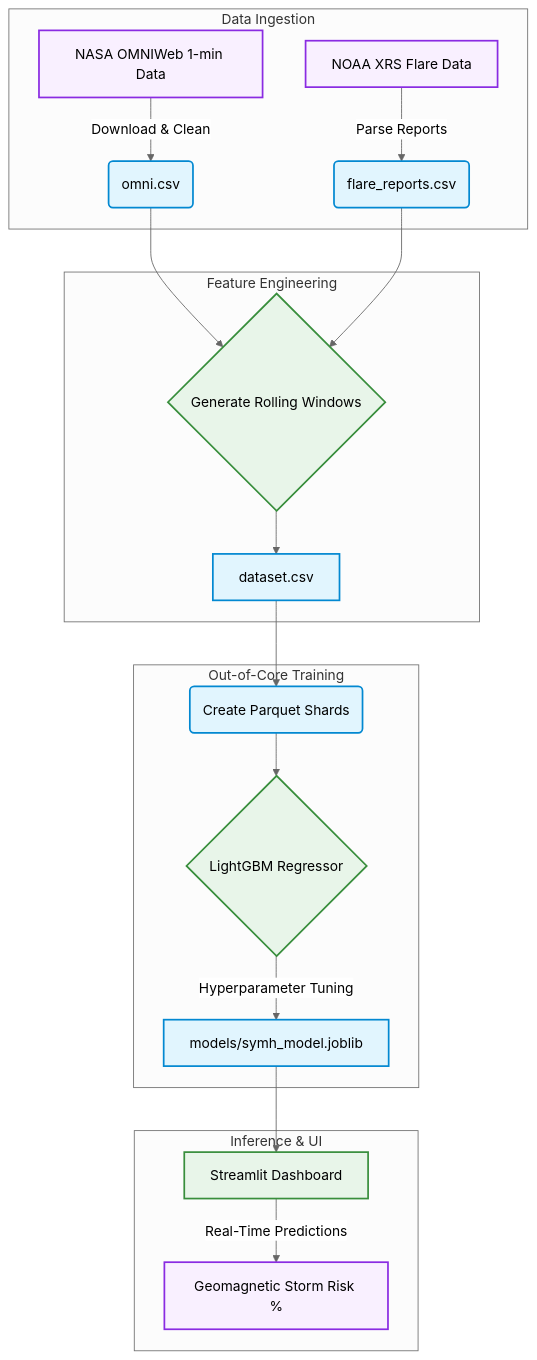
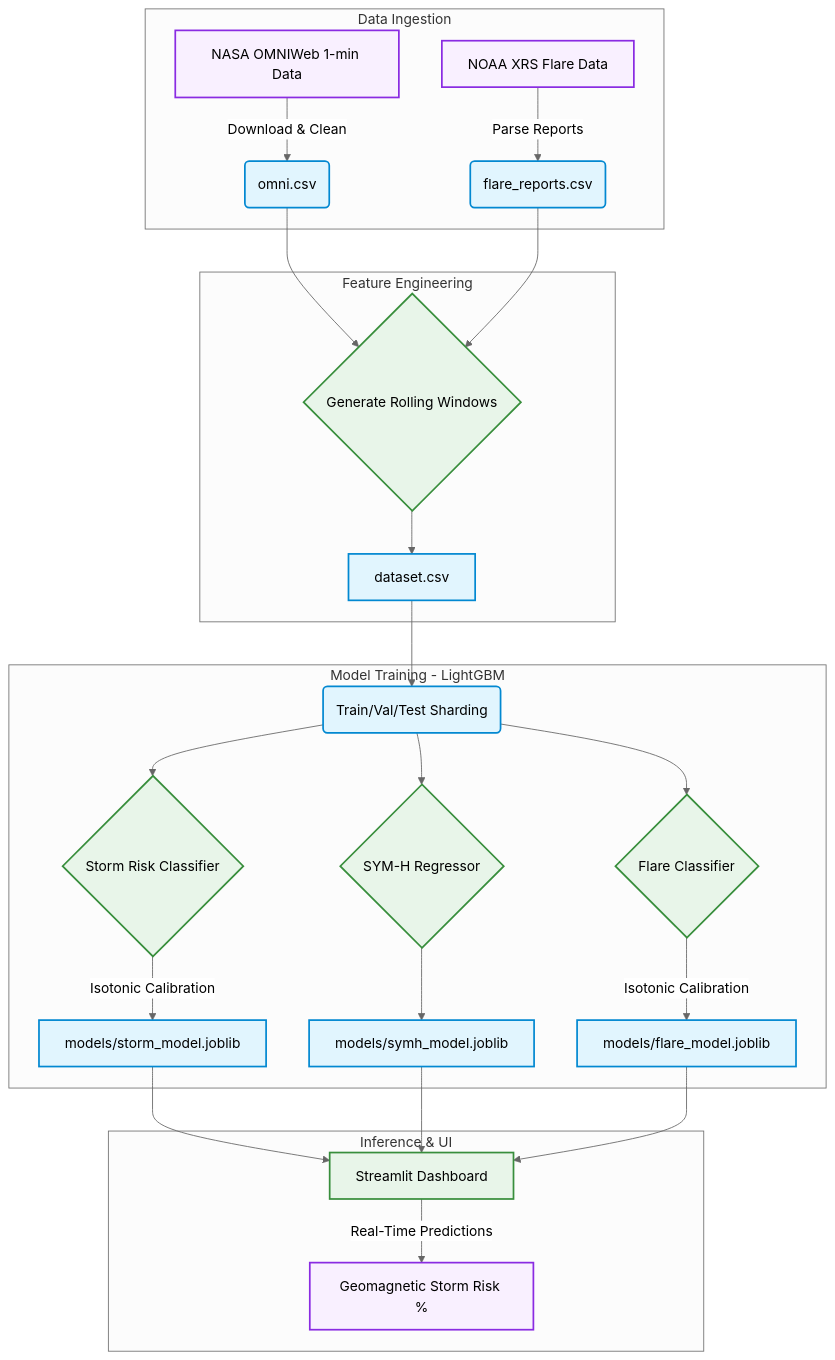
One commit to aryan11singh/Solar-Wind-Forecaster changed the diagram in README.md. Above: the diagram before and after it, drawn with Mermaid (neutral theme). The commit also changed other lines of this file, not shown here.

Commit message:
Update README to match actual codebase: LightGBM, three-model pipeline, Isotonic calibration

````diff
--- a/README.md
+++ b/README.md
@@ -24,32 +24,38 @@
 ```mermaid
 graph TD
     subgraph "Data Ingestion"
     A[NASA OMNIWeb 1-min Data] -->|Download & Clean| B(omni.csv)
     C[NOAA XRS Flare Data] -->|Parse Reports| D(flare_reports.csv)
     end
     
     subgraph "Feature Engineering"
     B --> E{Generate Rolling Windows}
     D --> E
     E --> F[dataset.csv]
     end
     
-    subgraph "Out-of-Core Training"
-    F --> G(Create Parquet Shards)
-    G --> H{LightGBM Regressor}
-    H -->|Hyperparameter Tuning| I[models/symh_model.joblib]
+    subgraph "Model Training - LightGBM"
+    F --> G(Train/Val/Test Sharding)
+    G --> H1{Storm Risk Classifier}
+    G --> H2{SYM-H Regressor}
+    G --> H3{Flare Classifier}
+    H1 -->|Isotonic Calibration| I1[models/storm_model.joblib]
+    H2 --> I2[models/symh_model.joblib]
+    H3 -->|Isotonic Calibration| I3[models/flare_model.joblib]
     end
     
     subgraph "Inference & UI"
-    I --> J[Streamlit Dashboard]
+    I1 --> J[Streamlit Dashboard]
+    I2 --> J
+    I3 --> J
     J -->|Real-Time Predictions| K[Geomagnetic Storm Risk %]
     end
     
     classDef io fill:#f9f0ff,stroke:#8a2be2,stroke-width:2px,color:#000;
     classDef core fill:#e1f5fe,stroke:#0288d1,stroke-width:2px,color:#000;
     classDef logic fill:#e8f5e9,stroke:#388e3c,stroke-width:2px,color:#000;
     
     class A,C,K io;
-    class B,D,F,G,I core;
-    class E,H,J logic;
+    class B,D,F,G,I1,I2,I3 core;
+    class E,H1,H2,H3,J logic;
 ```
````
